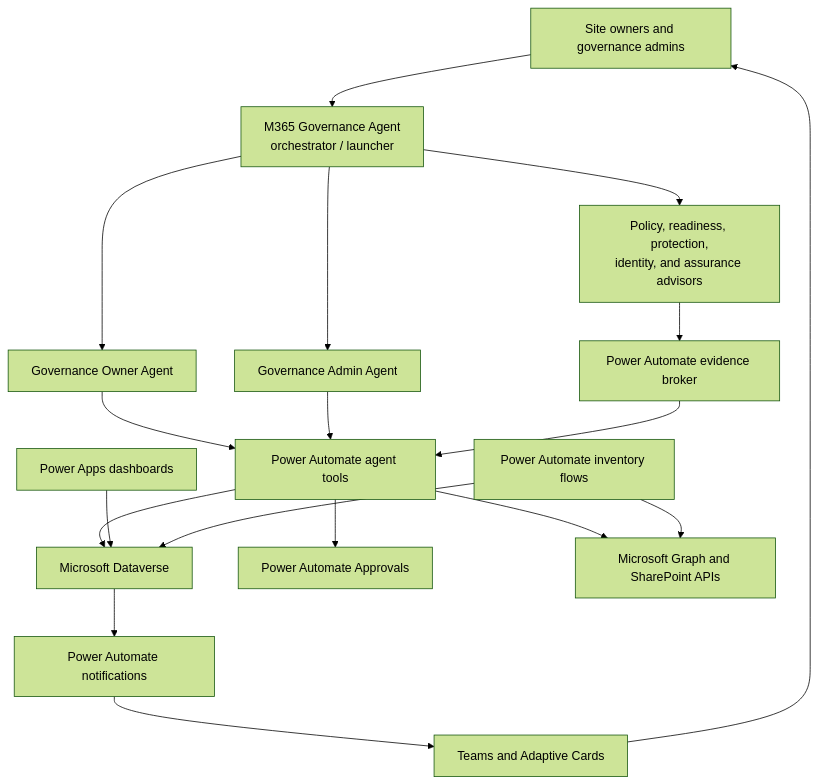
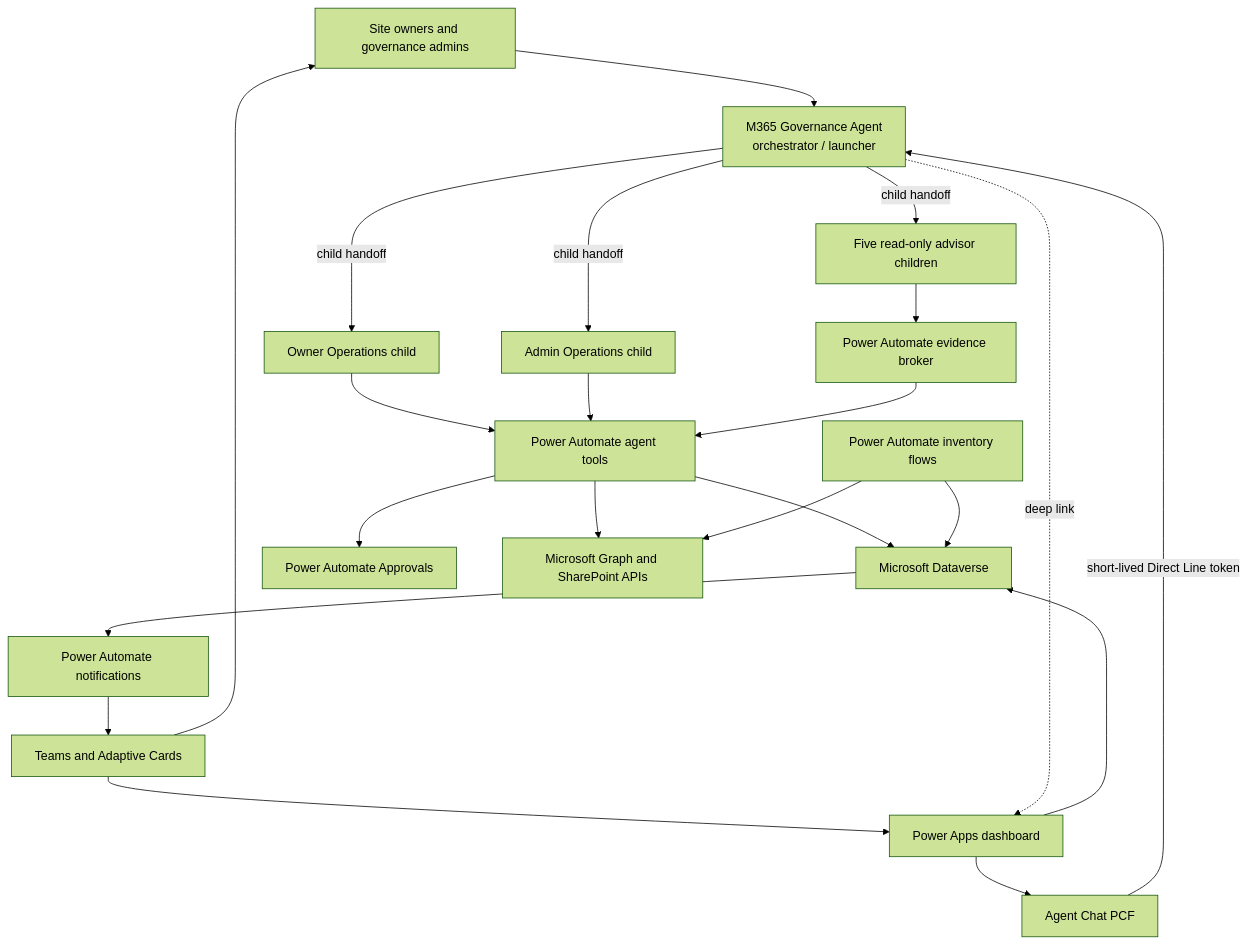
One commit to sofiane-ben80/M365GovAIAgent changed the diagram in docs/22-Agent-Orchestration-Architecture.md. Above: the diagram before and after it, drawn with Mermaid (forest theme). The commit also changed other lines of this file and 567 other files, not shown here.

````diff
--- a/docs/22-Agent-Orchestration-Architecture.md
+++ b/docs/22-Agent-Orchestration-Architecture.md
@@ -10,23 +10,27 @@
 ```mermaid
 flowchart TB
     Users["Site owners and governance admins"] --> Orchestrator["M365 Governance Agent<br/>orchestrator / launcher"]
-    Orchestrator --> Owner["Governance Owner Agent"]
-    Orchestrator --> Admin["Governance Admin Agent"]
-    Orchestrator --> Advisors["Policy, readiness, protection,<br/>identity, and assurance advisors"]
+    Orchestrator -->|child handoff| Owner["Owner Operations child"]
+    Orchestrator -->|child handoff| Admin["Admin Operations child"]
+    Orchestrator -->|child handoff| Advisors["Five read-only advisor children"]
 
     Owner --> Tools["Power Automate agent tools"]
     Admin --> Tools
     Advisors --> Broker["Power Automate evidence broker"]
     Broker --> Tools
 
     Tools --> DV["Microsoft Dataverse"]
     Tools --> Approvals["Power Automate Approvals"]
     Tools --> M365["Microsoft Graph and SharePoint APIs"]
     DV --> Notifications["Power Automate notifications"]
     Notifications --> Teams["Teams and Adaptive Cards"]
     Teams --> Users
 
-    Apps["Power Apps dashboards"] --> DV
+    Teams --> Apps["Power Apps dashboard"]
+    Apps --> DV
+    Orchestrator -. deep link .-> Apps
+    Apps --> PCF["Agent Chat PCF"]
+    PCF -->|short-lived Direct Line token| Orchestrator
     Inventory["Power Automate inventory flows"] --> M365
     Inventory --> DV
 ```
````
